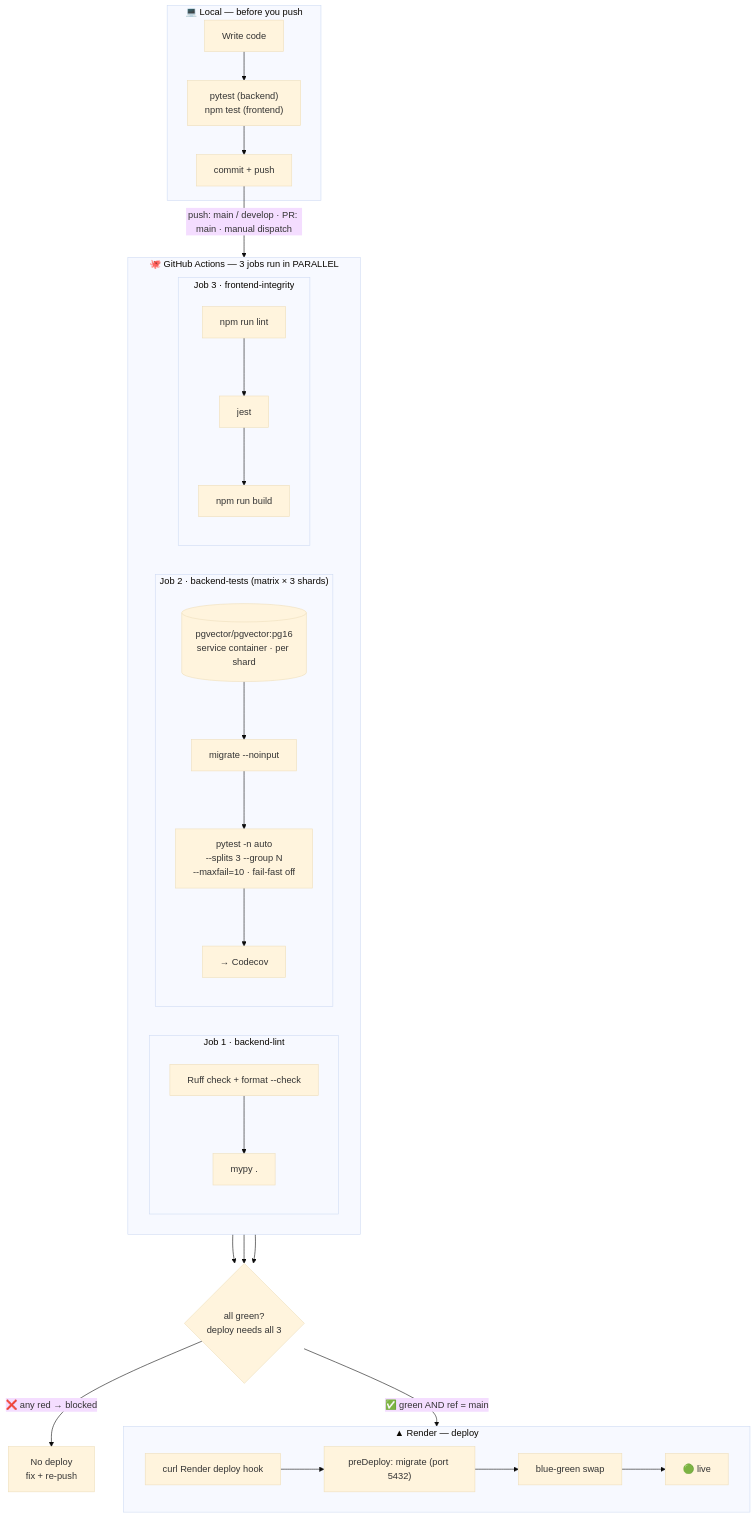
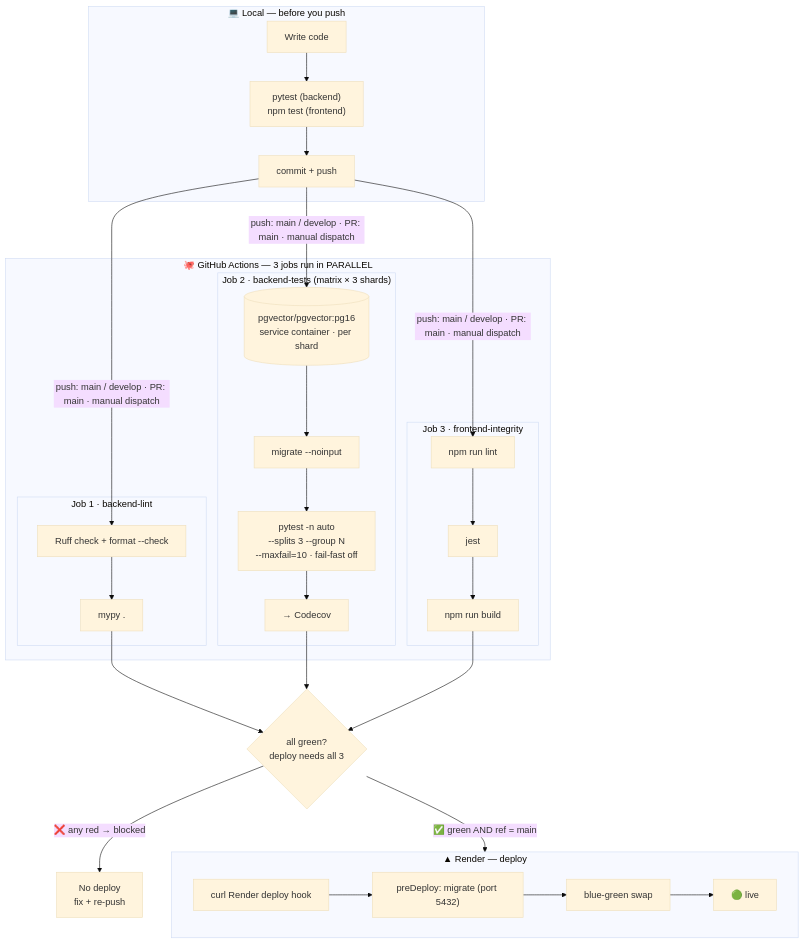
One commit to vishalgoyal25/TheKnowledgeOrbits changed the seventh of 15 diagrams in README.md. Above: the diagram before and after it, drawn with Mermaid (base theme). The commit also changed other lines of this file and 1 other file, not shown here.

Commit message:
docs: fix mermaid subgraph-edge rendering bugs, update test count to 714

````diff
--- a/README.md
+++ b/README.md
@@ -482,42 +479,39 @@
 ```mermaid
 flowchart TB
     subgraph LOCAL["💻 Local — before you push"]
         DEV["Write code"] --> LT["pytest (backend)<br/>npm test (frontend)"]
         LT --> PUSH["commit + push"]
     end
 
-    PUSH -->|"push: main / develop · PR: main · manual dispatch"| GHA
+    PUSH -->|"push: main / develop · PR: main · manual dispatch"| RUFF
+    PUSH -->|"push: main / develop · PR: main · manual dispatch"| PGV
+    PUSH -->|"push: main / develop · PR: main · manual dispatch"| FL
 
     subgraph GHA["🐙 GitHub Actions — 3 jobs run in PARALLEL"]
-        direction LR
-
         subgraph J1["Job 1 · backend-lint"]
-            direction TB
             RUFF["Ruff check + format --check"] --> MYPY["mypy ."]
         end
 
         subgraph J2["Job 2 · backend-tests (matrix × 3 shards)"]
-            direction TB
             PGV[("pgvector/pgvector:pg16<br/>service container · per shard")] --> MIG["migrate --noinput"]
             MIG --> SPLIT["pytest -n auto<br/>--splits 3 --group N<br/>--maxfail=10 · fail-fast off"]
             SPLIT --> COV["→ Codecov"]
         end
 
         subgraph J3["Job 3 · frontend-integrity"]
-            direction TB
             FL["npm run lint"] --> FJ["jest"] --> FB["npm run build"]
         end
     end
 
-    J1 --> GATE{"all green?<br/>deploy needs all 3"}
-    J2 --> GATE
-    J3 --> GATE
+    MYPY --> GATE{"all green?<br/>deploy needs all 3"}
+    COV --> GATE
+    FB --> GATE
 
     GATE -->|"❌ any red → blocked"| STOP["No deploy<br/>fix + re-push"]
     GATE -->|"✅ green AND ref = main"| HOOK["curl Render deploy hook"]
 
     subgraph RENDER["▲ Render — deploy"]
         direction LR
         HOOK --> PRE["preDeploy: migrate (port 5432)"] --> BG["blue-green swap"] --> LIVE["🟢 live"]
     end
 ```
````
